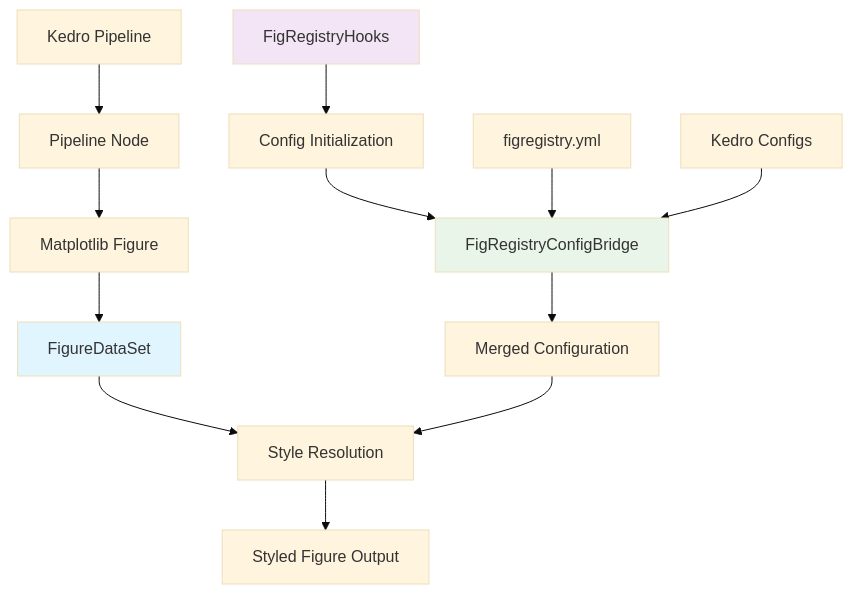
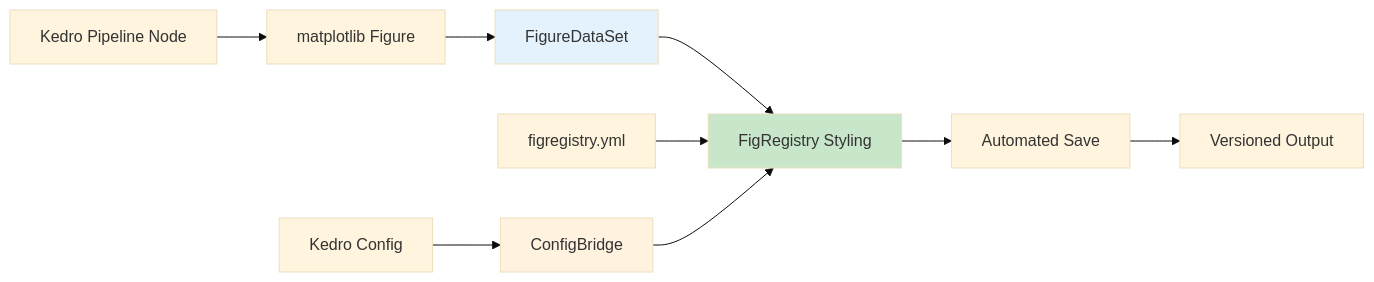
The diagram in figregistry-kedro/docs/README.md (SamuelBrudner/figregistry), drawn with Mermaid (base theme) before and after one commit. The commit also changed other lines of this file, not shown here.

Commit message:
File: figregistry-kedro/docs/README.md

````diff
--- a/figregistry-kedro/docs/README.md
+++ b/figregistry-kedro/docs/README.md
@@ -354,21 +24,16 @@
 ```mermaid
-graph TD
-    A[Kedro Pipeline] --> B[Pipeline Node]
-    B --> C[Matplotlib Figure]
-    C --> D[FigureDataSet]
+graph LR
+    A[Kedro Pipeline Node] --> B[matplotlib Figure]
+    B --> C[FigureDataSet]
+    C --> D[FigRegistry Styling]
+    D --> E[Automated Save]
+    E --> F[Versioned Output]
     
-    E[FigRegistryHooks] --> F[Config Initialization]
-    F --> G[FigRegistryConfigBridge]
-    G --> H[Merged Configuration]
+    G[figregistry.yml] --> D
+    H[Kedro Config] --> I[ConfigBridge]
+    I --> D
     
-    D --> I[Style Resolution]
-    H --> I
-    I --> J[Styled Figure Output]
-    
-    K[figregistry.yml] --> G
-    L[Kedro Configs] --> G
-    
-    style D fill:#e1f5fe
-    style E fill:#f3e5f5
-    style G fill:#e8f5e8
+    style C fill:#e3f2fd
+    style D fill:#c8e6c9
+    style I fill:#fff3e0
 ```
````
